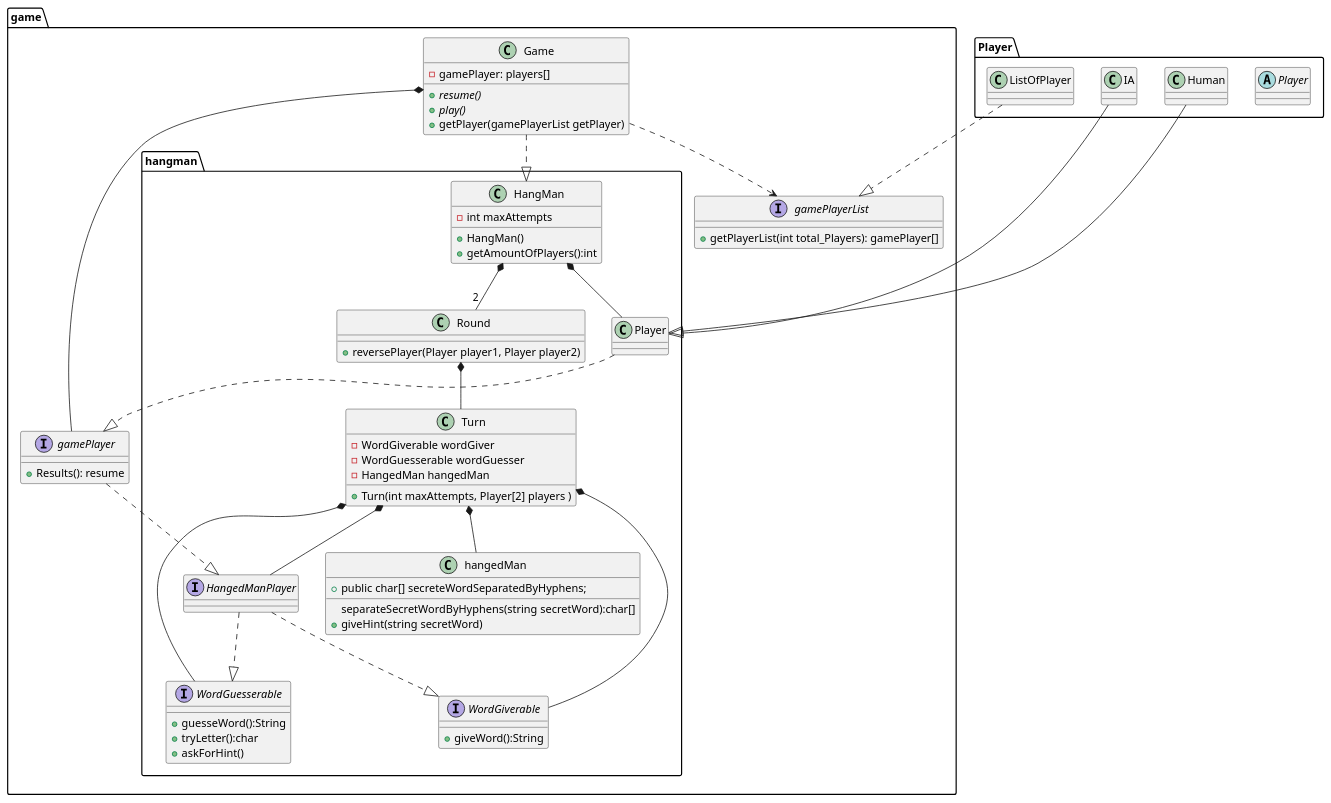
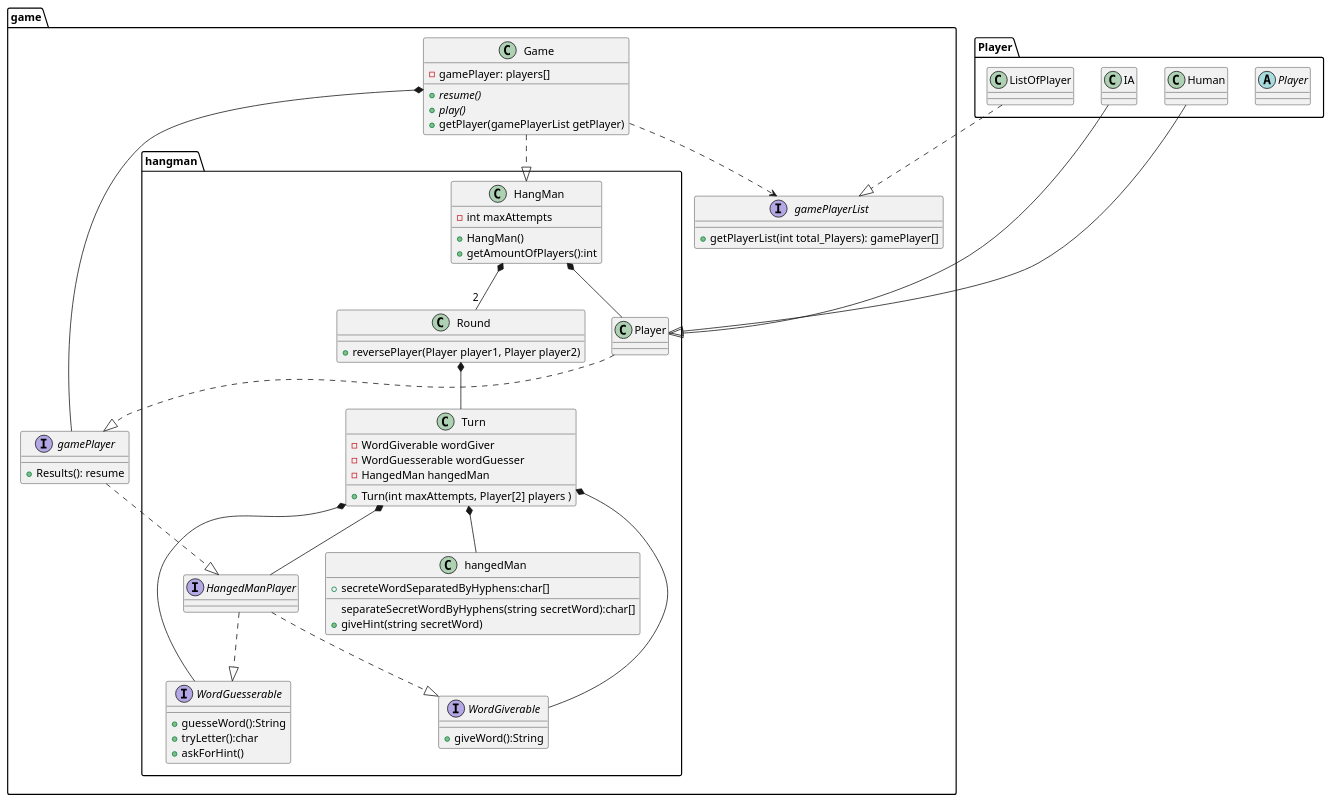
The diagram in docs/classdiagram/hangmanClassDiagram.puml (sergiomendez2/newworkspacecodinggame), drawn with PlantUML before and after one commit. The commit also changed 2 other files, not shown here.

Commit message:
sending changes on the player class diagram

```diff
--- a/docs/classdiagram/hangmanClassDiagram.puml
+++ b/docs/classdiagram/hangmanClassDiagram.puml
@@ -1,83 +1,83 @@
 @startuml
 package Player {
 abstract Player{}
 class ListOfPlayer{}
 class IA
 class Human
 }
 package game {
 
 interface gamePlayer{
         +Results(): resume
     }
     class Game {
         -gamePlayer: players[]
         +{abstract} resume()
         +{abstract} play()
         +getPlayer(gamePlayerList getPlayer)
     }
     interface gamePlayerList{
             +getPlayerList(int total_Players): gamePlayer[]
     }
 
 package hangman{
 class hangedMan{
-+public char[] secreteWordSeparatedByHyphens;
++secreteWordSeparatedByHyphens:char[]
 separateSecretWordByHyphens(string secretWord):char[]
 +giveHint(string secretWord)
 }
 Interface HangedManPlayer
     class HangMan{
         +HangMan()
         +getAmountOfPlayers():int
         -int maxAttempts
     }
 
     class Round{
     +reversePlayer(Player player1, Player player2)
     }
 
     class Turn{
         -WordGiverable wordGiver
         -WordGuesserable wordGuesser
         -HangedMan hangedMan
         +Turn(int maxAttempts, Player[2] players )
     }
 
     interface WordGiverable{
         +giveWord():String
     }
 
     interface WordGuesserable{
         +guesseWord():String
         +tryLetter():char
         +askForHint()
     }
 
     HangedManPlayer ..|> WordGiverable
     HangedManPlayer ..|> WordGuesserable
 
     Turn *-- WordGiverable
     Turn *-- WordGuesserable
     Turn *-- hangedMan
     Round *-- Turn
     HangMan *-- Player
     HangMan *-- "2" Round
 
 
 
 
 gamePlayer..|> HangedManPlayer
 Player ..|> gamePlayer
 ListOfPlayer ..|> gamePlayerList
 Game..>gamePlayerList
 Game..|>HangMan
 Game*--gamePlayer
 IA--|>Player
 Human--|>Player
 Turn*--HangedManPlayer
 
 
 }
 }
 @enduml
```
